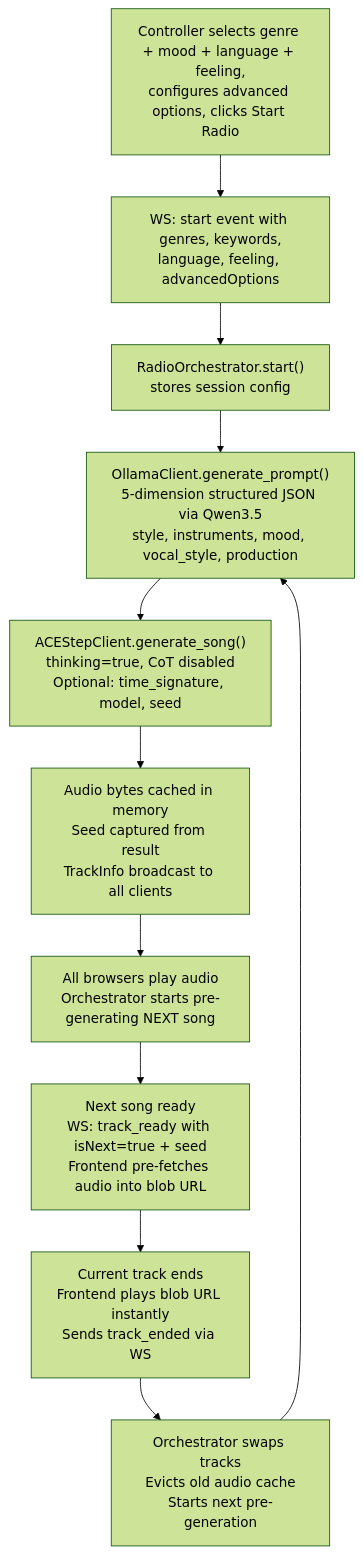
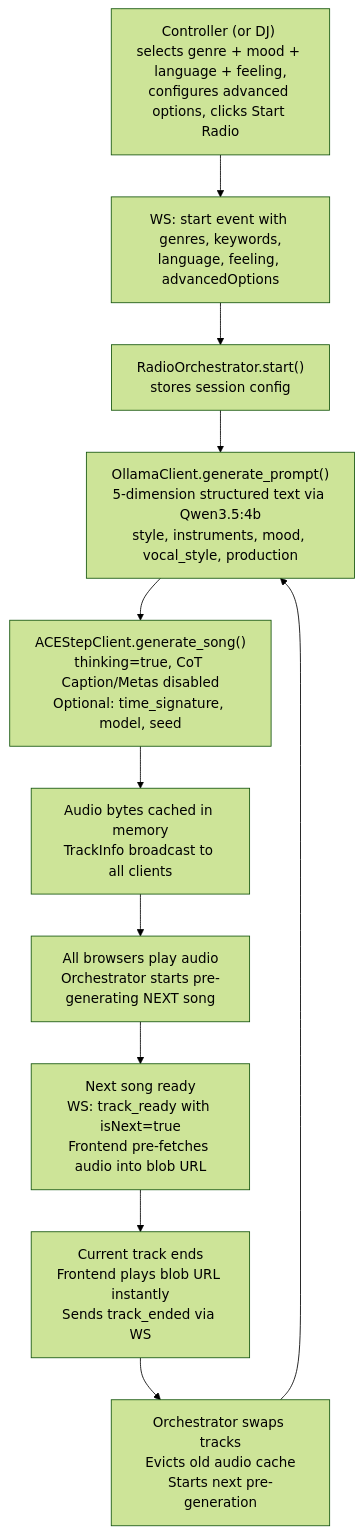
Before and after one commit to scramblerlab/generative-radio: the second of 2 diagrams in BUILD_SPEC.md, drawn with Mermaid (forest theme). The commit also changed other lines of this file and 2 other files, not shown here.

````diff
--- a/BUILD_SPEC.md
+++ b/BUILD_SPEC.md
@@ -94,13 +98,13 @@
 ```mermaid
 flowchart TD
-    A["Controller selects genre + mood + language + feeling,<br/>configures advanced options, clicks Start Radio"] --> B["WS: start event with genres, keywords,<br/>language, feeling, advancedOptions"]
+    A["Controller (or DJ) selects genre + mood + language + feeling,<br/>configures advanced options, clicks Start Radio"] --> B["WS: start event with genres, keywords,<br/>language, feeling, advancedOptions"]
     B --> C["RadioOrchestrator.start()<br/>stores session config"]
-    C --> D["OllamaClient.generate_prompt()<br/>5-dimension structured JSON via Qwen3.5<br/>style, instruments, mood, vocal_style, production"]
-    D --> E["ACEStepClient.generate_song()<br/>thinking=true, CoT disabled<br/>Optional: time_signature, model, seed"]
-    E --> F["Audio bytes cached in memory<br/>Seed captured from result<br/>TrackInfo broadcast to all clients"]
+    C --> D["OllamaClient.generate_prompt()<br/>5-dimension structured text via Qwen3.5:4b<br/>style, instruments, mood, vocal_style, production"]
+    D --> E["ACEStepClient.generate_song()<br/>thinking=true, CoT Caption/Metas disabled<br/>Optional: time_signature, model, seed"]
+    E --> F["Audio bytes cached in memory<br/>TrackInfo broadcast to all clients"]
     F --> G["All browsers play audio<br/>Orchestrator starts pre-generating NEXT song"]
-    G --> H["Next song ready<br/>WS: track_ready with isNext=true + seed<br/>Frontend pre-fetches audio into blob URL"]
+    G --> H["Next song ready<br/>WS: track_ready with isNext=true<br/>Frontend pre-fetches audio into blob URL"]
     H --> I["Current track ends<br/>Frontend plays blob URL instantly<br/>Sends track_ended via WS"]
     I --> J["Orchestrator swaps tracks<br/>Evicts old audio cache<br/>Starts next pre-generation"]
     J --> D
 ```
````
